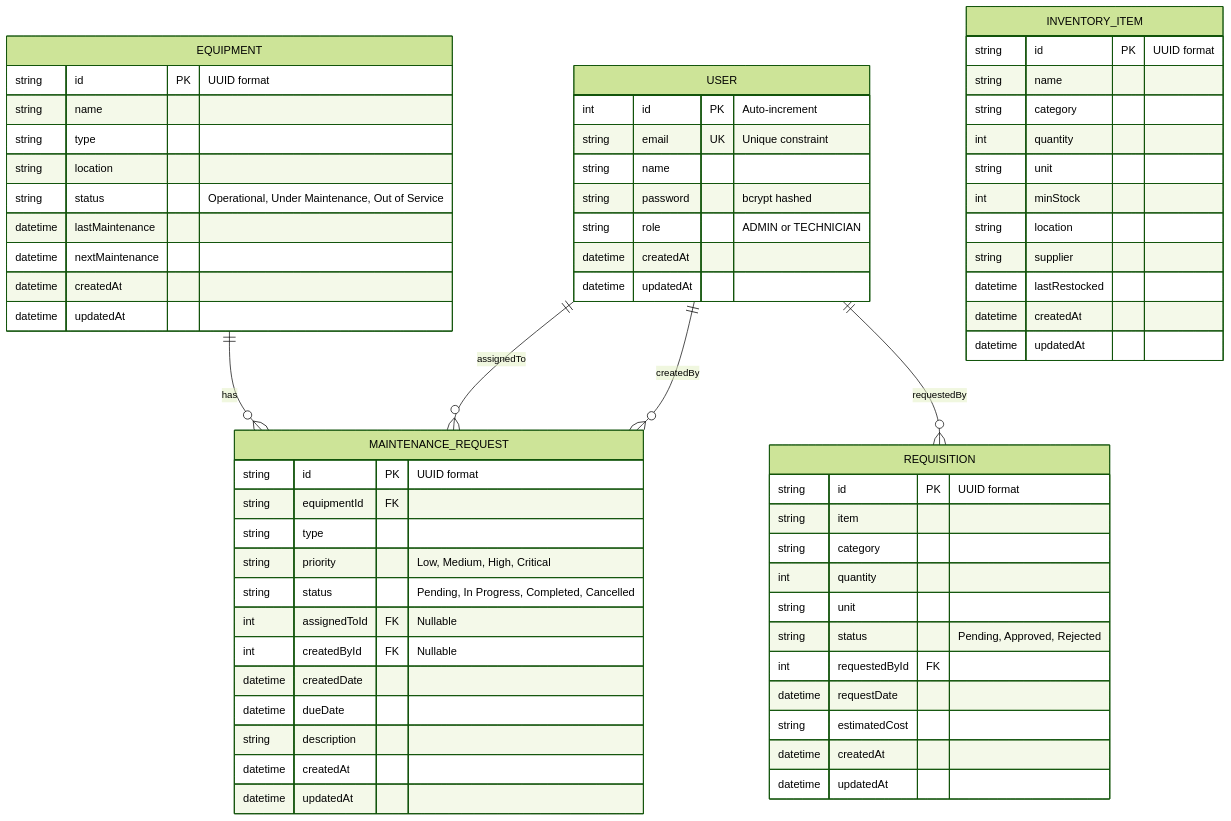
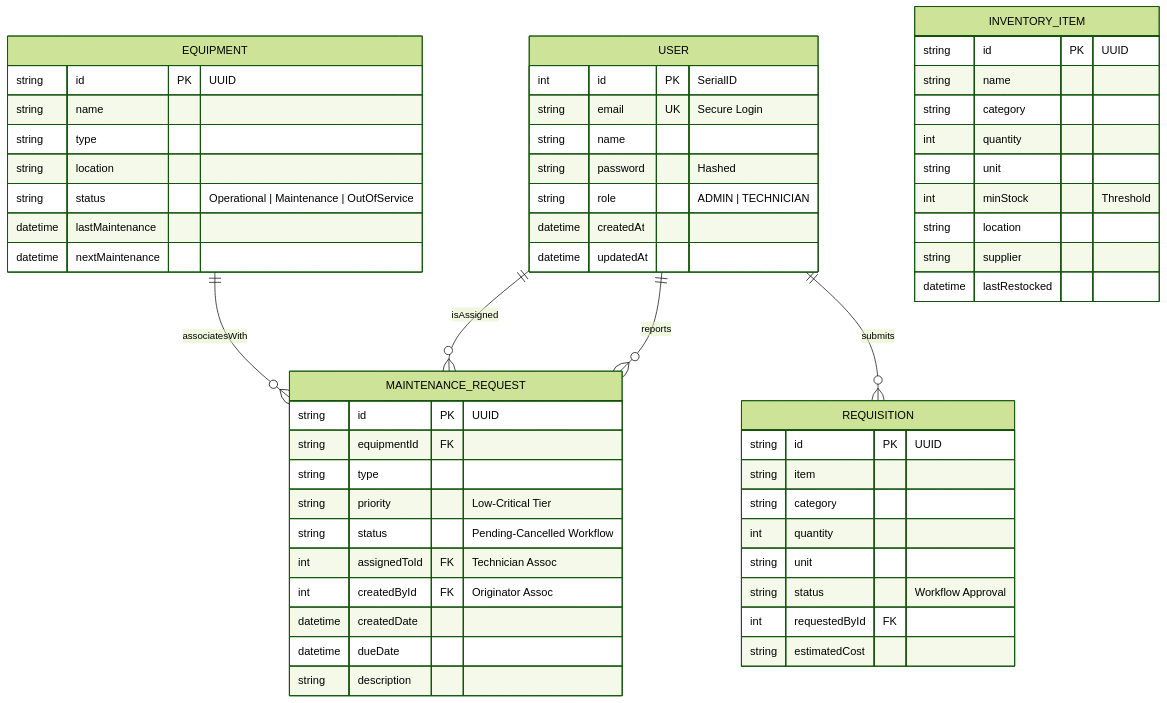
One commit to 4xrhd/logistic-maitainance- changed the diagram in documentation/ERD.md. Above: the diagram before and after it, drawn with Mermaid (forest theme). The commit also changed other lines of this file and 8 other files, not shown here.

````diff
--- a/documentation/ERD.md
+++ b/documentation/ERD.md
@@ -7,72 +8,63 @@
 ```mermaid
 erDiagram
-    USER ||--o{ MAINTENANCE_REQUEST : "createdBy"
-    USER ||--o{ MAINTENANCE_REQUEST : "assignedTo"
-    USER ||--o{ REQUISITION : "requestedBy"
-    EQUIPMENT ||--o{ MAINTENANCE_REQUEST : "has"
+    USER ||--o{ MAINTENANCE_REQUEST : "reports"
+    USER ||--o{ MAINTENANCE_REQUEST : "isAssigned"
+    USER ||--o{ REQUISITION : "submits"
+    EQUIPMENT ||--o{ MAINTENANCE_REQUEST : "associatesWith"
     
     USER {
-        int id PK "Auto-increment"
-        string email UK "Unique constraint"
+        int id PK "SerialID"
+        string email UK "Secure Login"
         string name
-        string password "bcrypt hashed"
-        string role "ADMIN or TECHNICIAN"
+        string password "Hashed"
+        string role "ADMIN | TECHNICIAN"
         datetime createdAt
         datetime updatedAt
     }
     
     EQUIPMENT {
-        string id PK "UUID format"
+        string id PK "UUID"
         string name
         string type
         string location
-        string status "Operational, Under Maintenance, Out of Service"
+        string status "Operational | Maintenance | OutOfService"
         datetime lastMaintenance
         datetime nextMaintenance
-        datetime createdAt
-        datetime updatedAt
     }
     
     MAINTENANCE_REQUEST {
-        string id PK "UUID format"
+        string id PK "UUID"
         string equipmentId FK
         string type
-        string priority "Low, Medium, High, Critical"
-        string status "Pending, In Progress, Completed, Cancelled"
-        int assignedToId FK "Nullable"
-        int createdById FK "Nullable"
+        string priority "Low-Critical Tier"
+        string status "Pending-Cancelled Workflow"
+        int assignedToId FK "Technician Assoc"
+        int createdById FK "Originator Assoc"
         datetime createdDate
         datetime dueDate
         string description
-        datetime createdAt
-        datetime updatedAt
     }
     
     REQUISITION {
-        string id PK "UUID format"
+        string id PK "UUID"
         string item
         string category
         int quantity
         string unit
-        string status "Pending, Approved, Rejected"
+        string status "Workflow Approval"
         int requestedById FK
-        datetime requestDate
         string estimatedCost
-        datetime createdAt
-        datetime updatedAt
     }
     
     INVENTORY_ITEM {
-        string id PK "UUID format"
+        string id PK "UUID"
         string name
         string category
         int quantity
         string unit
-        int minStock
+        int minStock "Threshold"
         string location
         string supplier
         datetime lastRestocked
-        datetime createdAt
-        datetime updatedAt
     }
 ```
````
